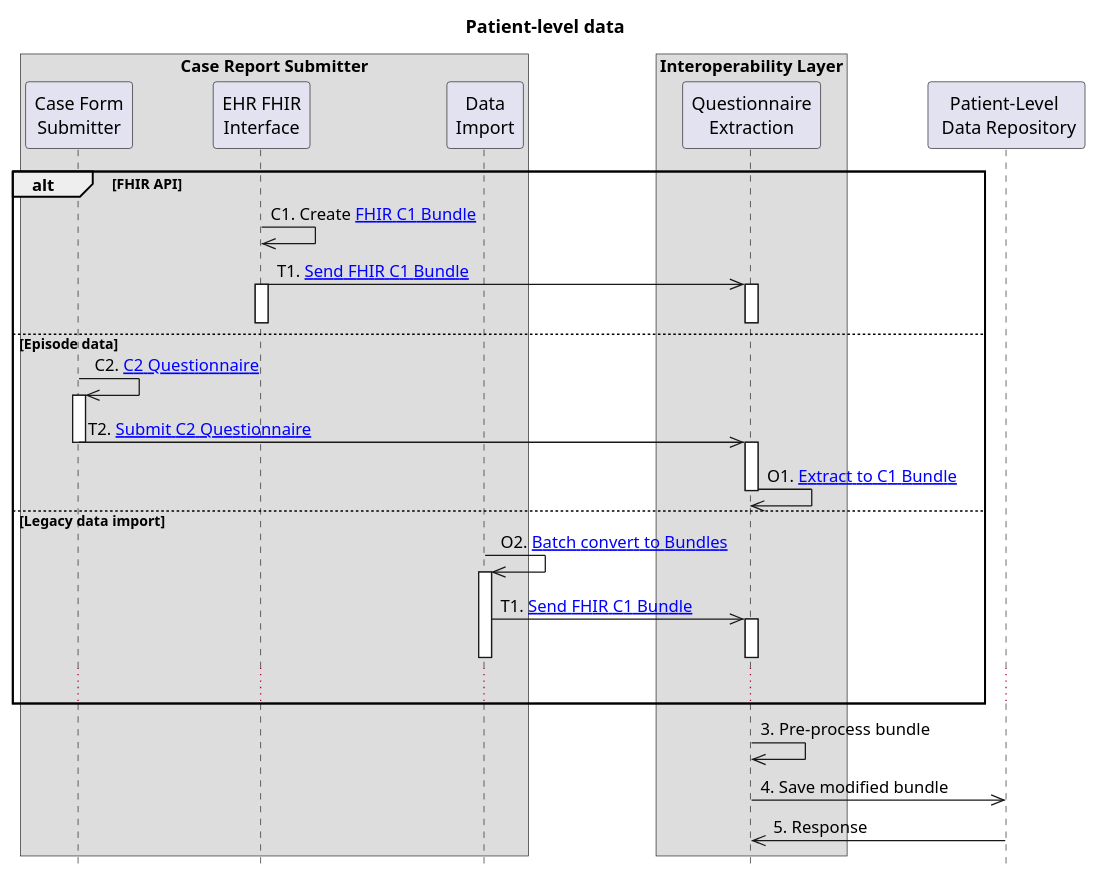
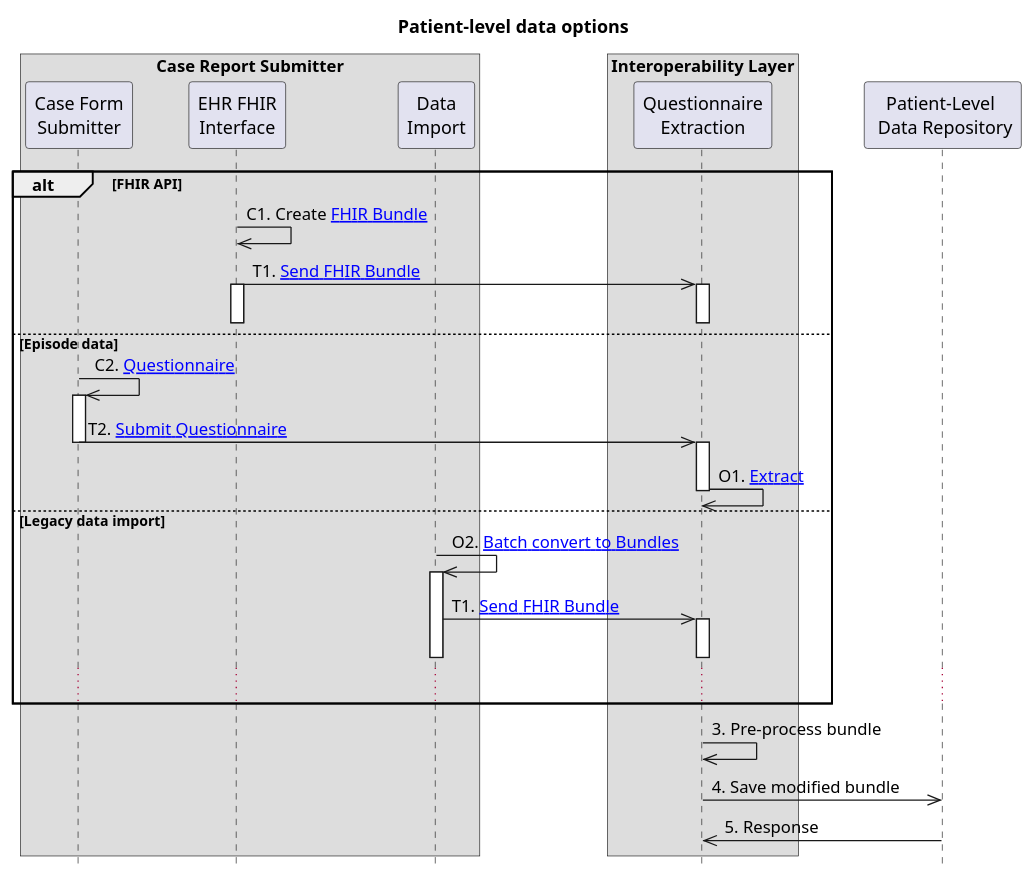
The second of 2 diagrams in docs/overview.md (costateixeira/cr-architecture), drawn with PlantUML before and after one commit. The commit also changed other lines of this file and 2 other files, not shown here.

Commit message:
spaceship

```diff
--- a/docs/overview.md
+++ b/docs/overview.md
@@ -39,45 +41,43 @@
-{% plantuml %}
 @startuml
 hide footbox
-title Patient-level data 
+title Patient-level data options
     box Case Report Submitter
       participant "Case Form\nSubmitter" as POC1
       participant "EHR FHIR\nInterface" as POC2
       participant "Data\nImport" as POC3
     end box
     box Interoperability Layer
         participant "Questionnaire\nExtraction" as IOL
     end box
     participant "Patient-Level \n Data Repository" as R
 
     alt FHIR API
-      POC2->>POC2: C1. Create [[./content-1.html FHIR C1 Bundle]]
-      POC2->>IOL: T1. [[./transaction-1.html{Transaction 1 specifications} Send FHIR C1 Bundle]]
+      POC2->>POC2: C1. Create [[./content-1.html FHIR Bundle]]
+      POC2->>IOL: T1. [[./transaction-1.html{Transaction 1 specifications} Send FHIR Bundle]]
       activate IOL
       activate POC2
       deactivate POC2
       deactivate IOL
     else Episode data
-      POC1->>POC1: C2. [[./content-2.html C2 Questionnaire]]
+      POC1->>POC1: C2. [[./content-2.html Questionnaire]]
       activate POC1
-      POC1->>IOL: T2. [[./transaction-2.html Submit C2 Questionnaire]]
+      POC1->>IOL: T2. [[./transaction-2.html Submit Questionnaire]]
       deactivate POC1
       activate IOL
-      IOL->>IOL: O1. [[./operation-1.html Extract to C1 Bundle]]
+      IOL->>IOL: O1. [[./operation-1.html Extract]]
       deactivate IOL
 
     else Legacy data import
       POC3->>POC3: O2. [[./operation-2.html Batch convert to Bundles]]
       activate POC3
-      POC3->>IOL: T1. [[./transaction-1.html{Transaction 1 specifications} Send FHIR C1 Bundle]]
+      POC3->>IOL: T1. [[./transaction-1.html{Transaction 1 specifications} Send FHIR Bundle]]
       activate IOL
       deactivate POC3
       deactivate IOL
       ...
     end
 
     IOL->>IOL: 3. Pre-process bundle
     IOL->>R: 4. Save modified bundle
     R->>IOL: 5. Response
 @enduml
-{% endplantuml %}
```
